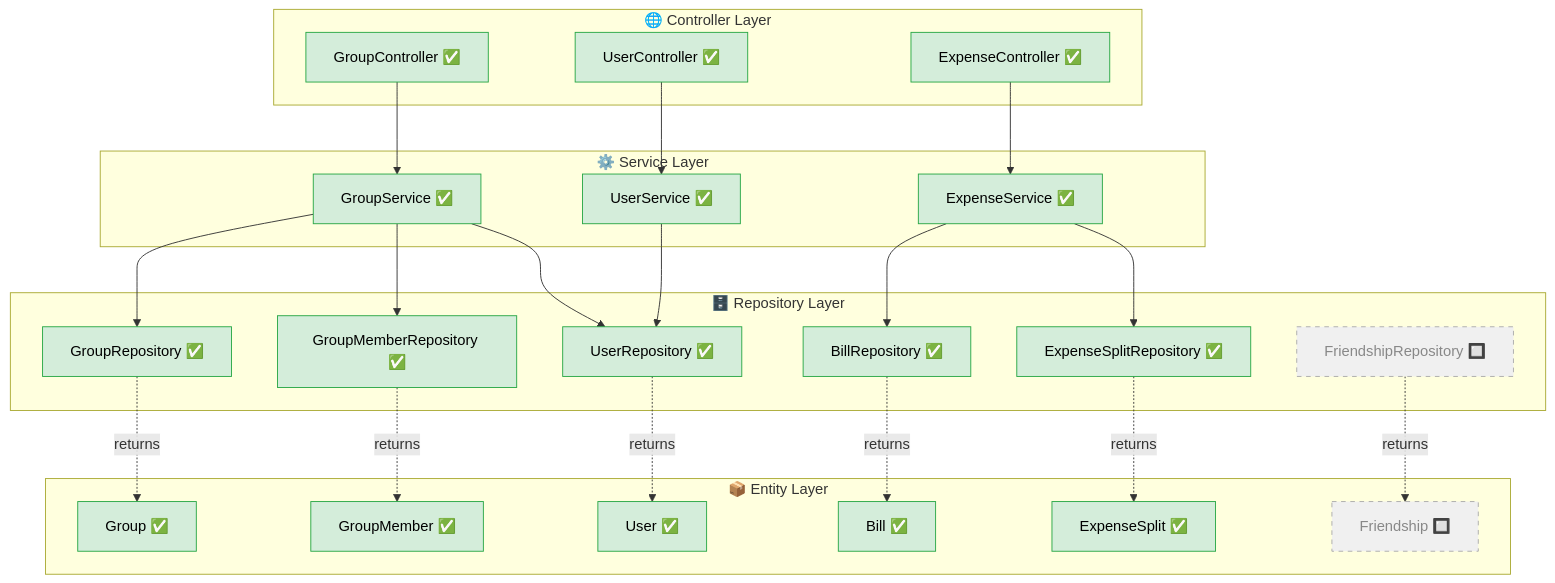
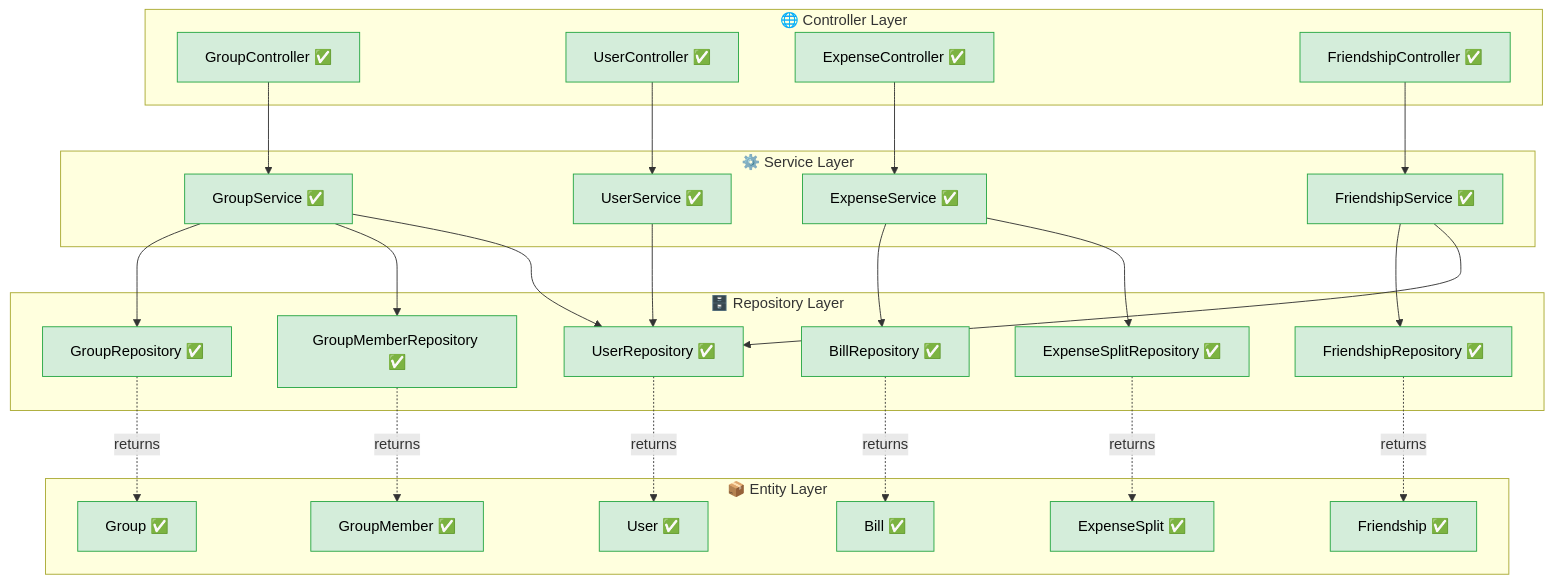
One commit to emberfox205/teilr changed the first of 5 diagrams in ClassDiagram.md. Above: the diagram before and after it, drawn with Mermaid. The commit also changed other lines of this file and 4 other files, not shown here.

````diff
--- a/ClassDiagram.md
+++ b/ClassDiagram.md
@@ -8,53 +8,58 @@
 ```mermaid
 flowchart TB
     classDef coded fill:#d4edda,stroke:#28a745,color:#000
     classDef planned fill:#f0f0f0,stroke:#aaaaaa,color:#888,stroke-dasharray: 5 5
 
     subgraph CONTROLLER ["🌐 Controller Layer"]
         GC["GroupController ✅"]:::coded
         UC["UserController ✅"]:::coded
         EC["ExpenseController ✅"]:::coded
+        FC["FriendshipController ✅"]:::coded
     end
 
     subgraph SERVICE ["⚙️ Service Layer"]
         GS["GroupService ✅"]:::coded
         US["UserService ✅"]:::coded
         ES["ExpenseService ✅"]:::coded
+        FS["FriendshipService ✅"]:::coded
     end
 
     subgraph REPO ["🗄️ Repository Layer"]
         GR["GroupRepository ✅"]:::coded
         GMR["GroupMemberRepository ✅"]:::coded
         UR["UserRepository ✅"]:::coded
         BR["BillRepository ✅"]:::coded
         ER["ExpenseSplitRepository ✅"]:::coded
-        FR["FriendshipRepository 🔲"]:::planned
+        FR["FriendshipRepository ✅"]:::coded
     end
 
     subgraph ENTITY ["📦 Entity Layer"]
         U["User ✅"]:::coded
         G["Group ✅"]:::coded
         GM["GroupMember ✅"]:::coded
         B["Bill ✅"]:::coded
         EX["ExpenseSplit ✅"]:::coded
-        F["Friendship 🔲"]:::planned
+        F["Friendship ✅"]:::coded
     end
 
     GC --> GS
     UC --> US
     EC --> ES
+    FC --> FS
 
     GS --> GR
     GS --> GMR
     GS --> UR
     US --> UR
     ES --> BR
     ES --> ER
+    FS --> FR
+    FS --> UR
 
     GR -.->|returns| G
     GMR -.->|returns| GM
     UR -.->|returns| U
     BR -.->|returns| B
     ER -.->|returns| EX
     FR -.->|returns| F
 ```
````
